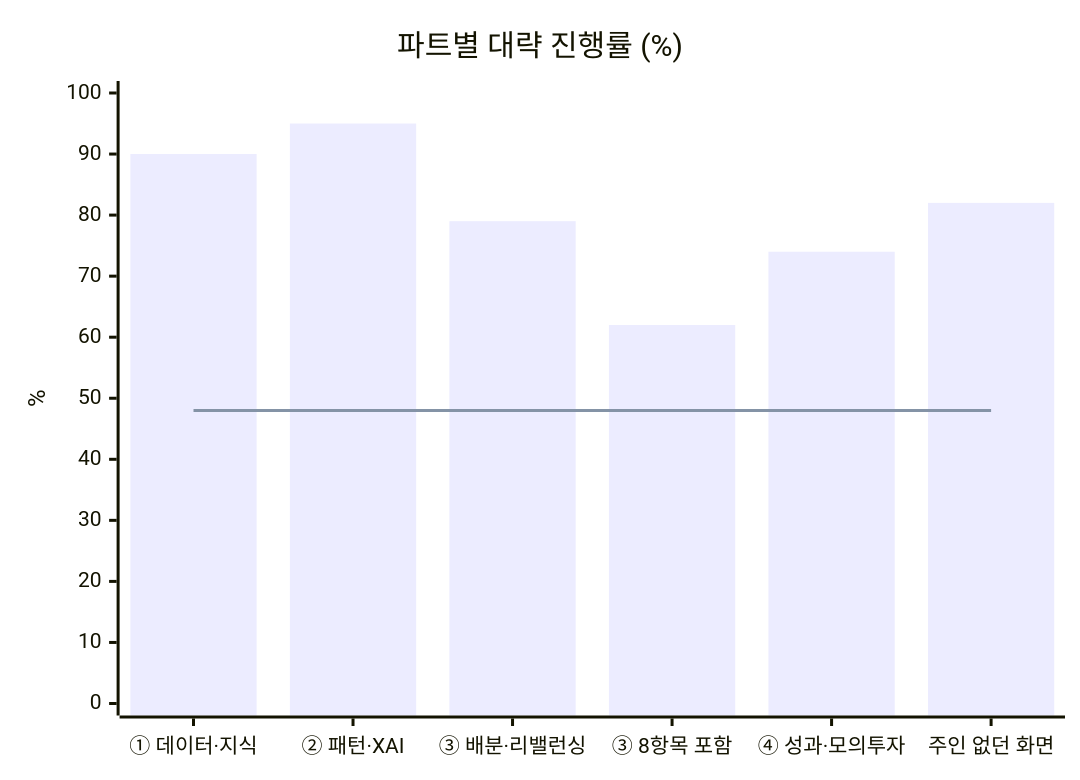
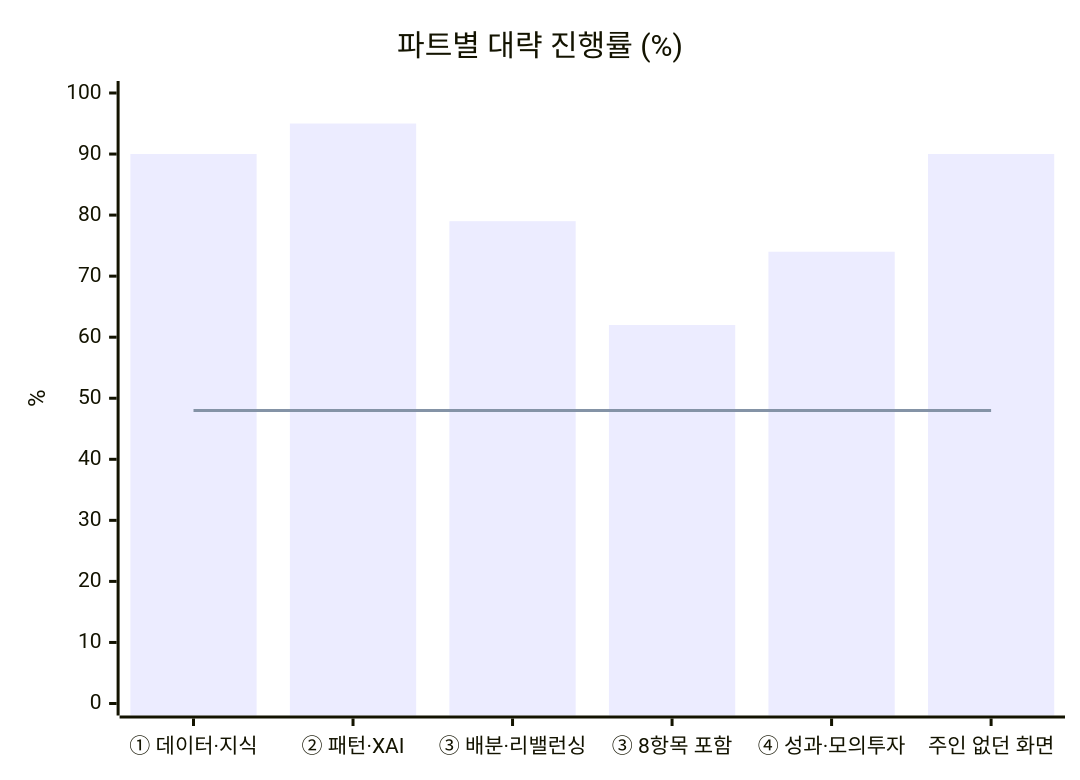
Before and after one commit to EST-team-project/Qurious: the first of 4 diagrams in docs/github-archive/2026-10-12/이슈-2차-중간점검/00-본문.md, drawn with Mermaid. The commit also changed other lines of this file and 38 other files, not shown here.

````diff
--- a/docs/github-archive/2026-10-12/이슈-2차-중간점검/00-본문.md
+++ b/docs/github-archive/2026-10-12/이슈-2차-중간점검/00-본문.md
@@ -33,8 +33,8 @@
 ```mermaid
 xychart-beta
   title "파트별 대략 진행률 (%)"
   x-axis ["① 데이터·지식", "② 패턴·XAI", "③ 배분·리밸런싱", "③ 8항목 포함", "④ 성과·모의투자", "주인 없던 화면"]
   y-axis "%" 0 --> 100
-  bar [90, 95, 79, 62, 74, 82]
+  bar [90, 95, 79, 62, 74, 90]
   line [48, 48, 48, 48, 48, 48]
 ```
````
